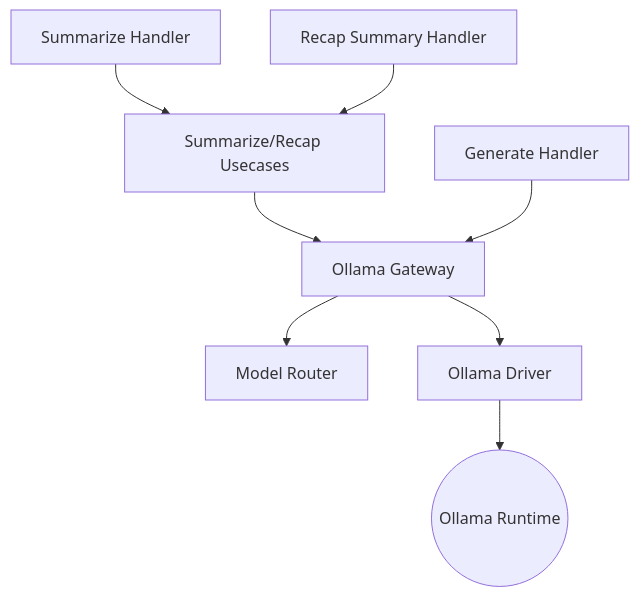
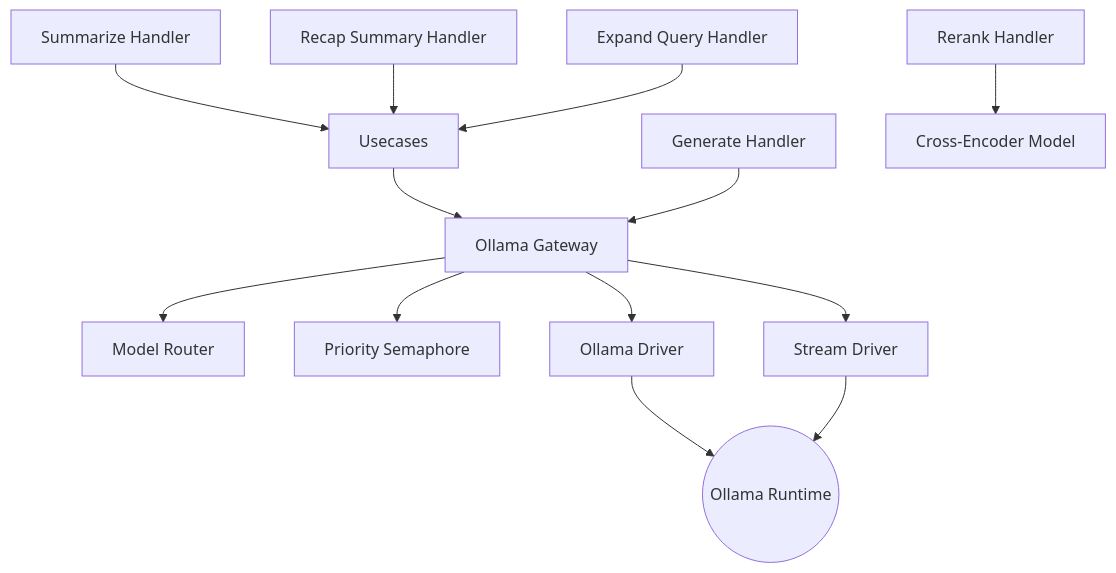
Before and after one commit to Kaikei-e/Alt: the diagram in docs/services/news-creator.md, drawn with Mermaid. The commit also changed other lines of this file and 11 other files, not shown here.

First line of the commit message:
docs: Update service documentation with latest reviews and architectural changes

````diff
--- a/docs/services/news-creator.md
+++ b/docs/services/news-creator.md
@@ -23,18 +28,27 @@
 ```mermaid
 flowchart TD
     Summarize[Summarize Handler]
     Generate[Generate Handler]
     Recap[Recap Summary Handler]
-    Usecase[Summarize/Recap Usecases]
+    Expand[Expand Query Handler]
+    Rerank[Rerank Handler]
+    UseCase[Usecases]
     Gate[Ollama Gateway]
     Router[Model Router]
+    PrioritySem[Priority Semaphore]
     Driver[Ollama Driver]
+    StreamDriver[Stream Driver]
+    CrossEncoder[Cross-Encoder Model]
     Ollama((Ollama Runtime))
 
-    Summarize --> Usecase
-    Recap --> Usecase
-    Usecase --> Gate
+    Summarize --> UseCase
+    Recap --> UseCase
+    Expand --> UseCase
+    UseCase --> Gate
     Gate --> Router
+    Gate --> PrioritySem
     Gate --> Driver --> Ollama
+    Gate --> StreamDriver --> Ollama
     Generate --> Gate
+    Rerank --> CrossEncoder
 ```
````
